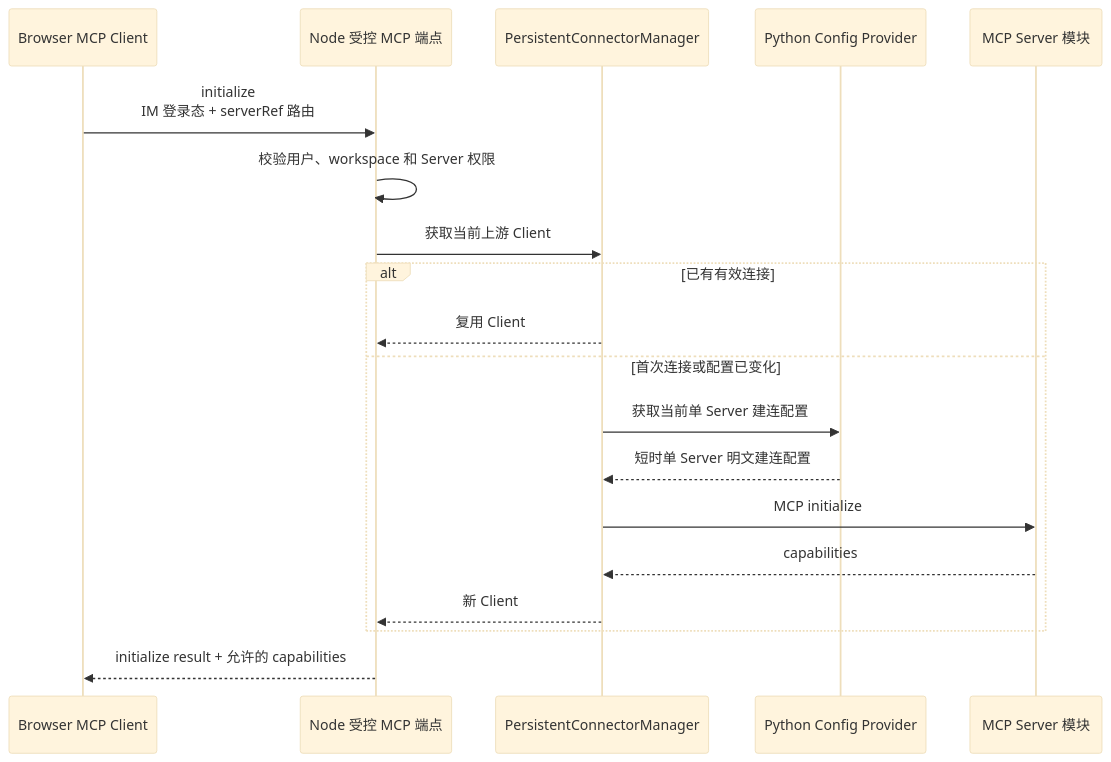
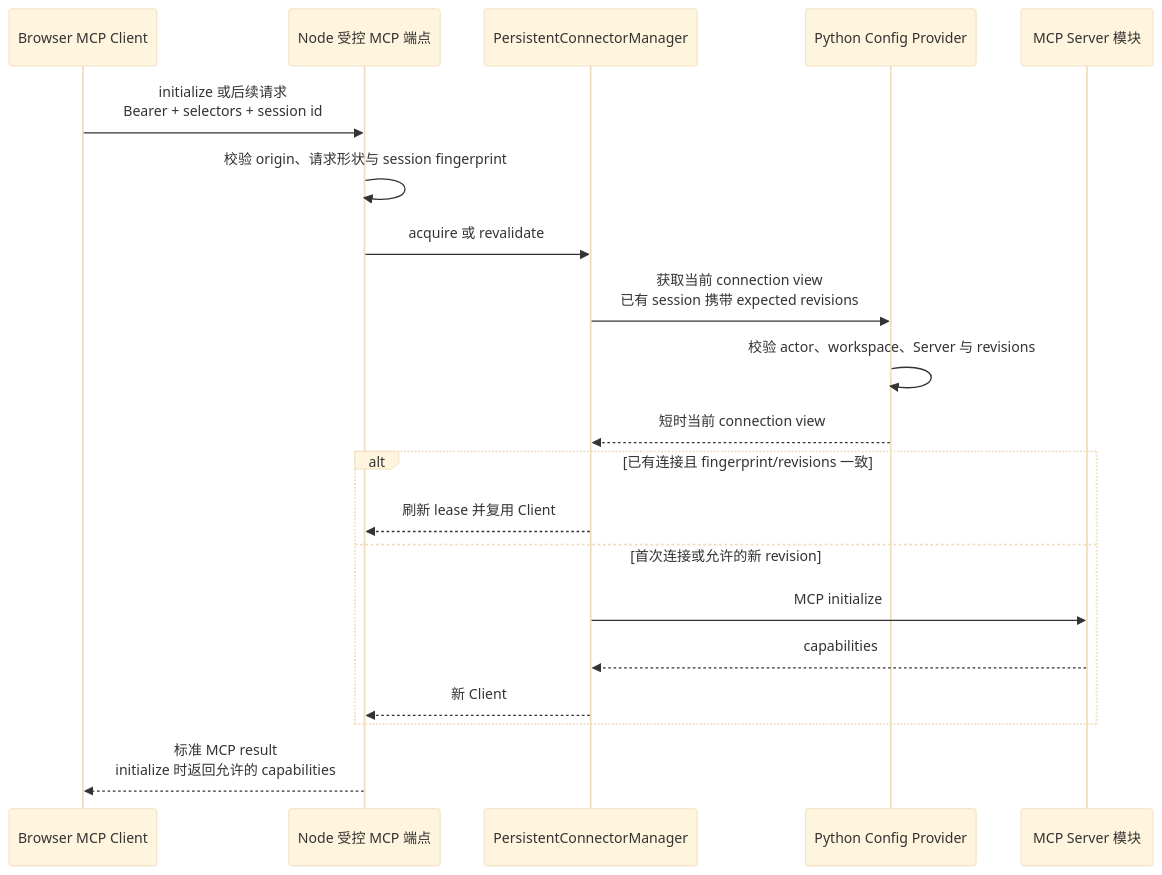
One commit to glide-the/im-dream changed the second of 2 diagrams in docs/design/claude-agent/mcp-apps-node-runtime-bridge.md. Above: the diagram before and after it, drawn with Mermaid (base theme). The commit also changed other lines of this file and 106 other files, not shown here.

Commit message:
docs: align Dream architecture with Next workspace

````diff
--- a/docs/design/claude-agent/mcp-apps-node-runtime-bridge.md
+++ b/docs/design/claude-agent/mcp-apps-node-runtime-bridge.md
@@ -142,22 +144,23 @@
 ```mermaid
 sequenceDiagram
     participant B as Browser MCP Client
     participant E as Node 受控 MCP 端点
     participant M as PersistentConnectorManager
     participant P as Python Config Provider
     participant S as MCP Server 模块
 
-    B->>E: initialize<br/>IM 登录态 + serverRef 路由
-    E->>E: 校验用户、workspace 和 Server 权限
-    E->>M: 获取当前上游 Client
-    alt 已有有效连接
-        M-->>E: 复用 Client
-    else 首次连接或配置已变化
-        M->>P: 获取当前单 Server 建连配置
-        P-->>M: 短时单 Server 明文建连配置
+    B->>E: initialize 或后续请求<br/>Bearer + selectors + session id
+    E->>E: 校验 origin、请求形状与 session fingerprint
+    E->>M: acquire 或 revalidate
+    M->>P: 获取当前 connection view<br/>已有 session 携带 expected revisions
+    P->>P: 校验 actor、workspace、Server 与 revisions
+    P-->>M: 短时当前 connection view
+    alt 已有连接且 fingerprint/revisions 一致
+        M-->>E: 刷新 lease 并复用 Client
+    else 首次连接或允许的新 revision
         M->>S: MCP initialize
         S-->>M: capabilities
         M-->>E: 新 Client
     end
-    E-->>B: initialize result + 允许的 capabilities
+    E-->>B: 标准 MCP result<br/>initialize 时返回允许的 capabilities
 ```
````
